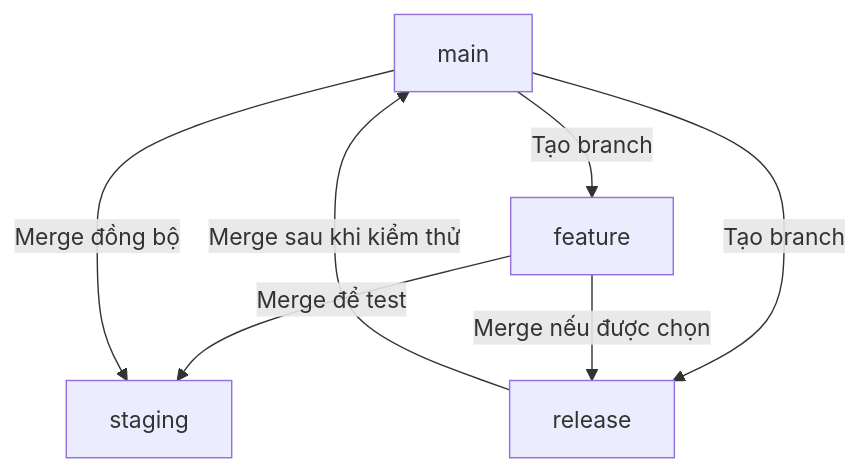
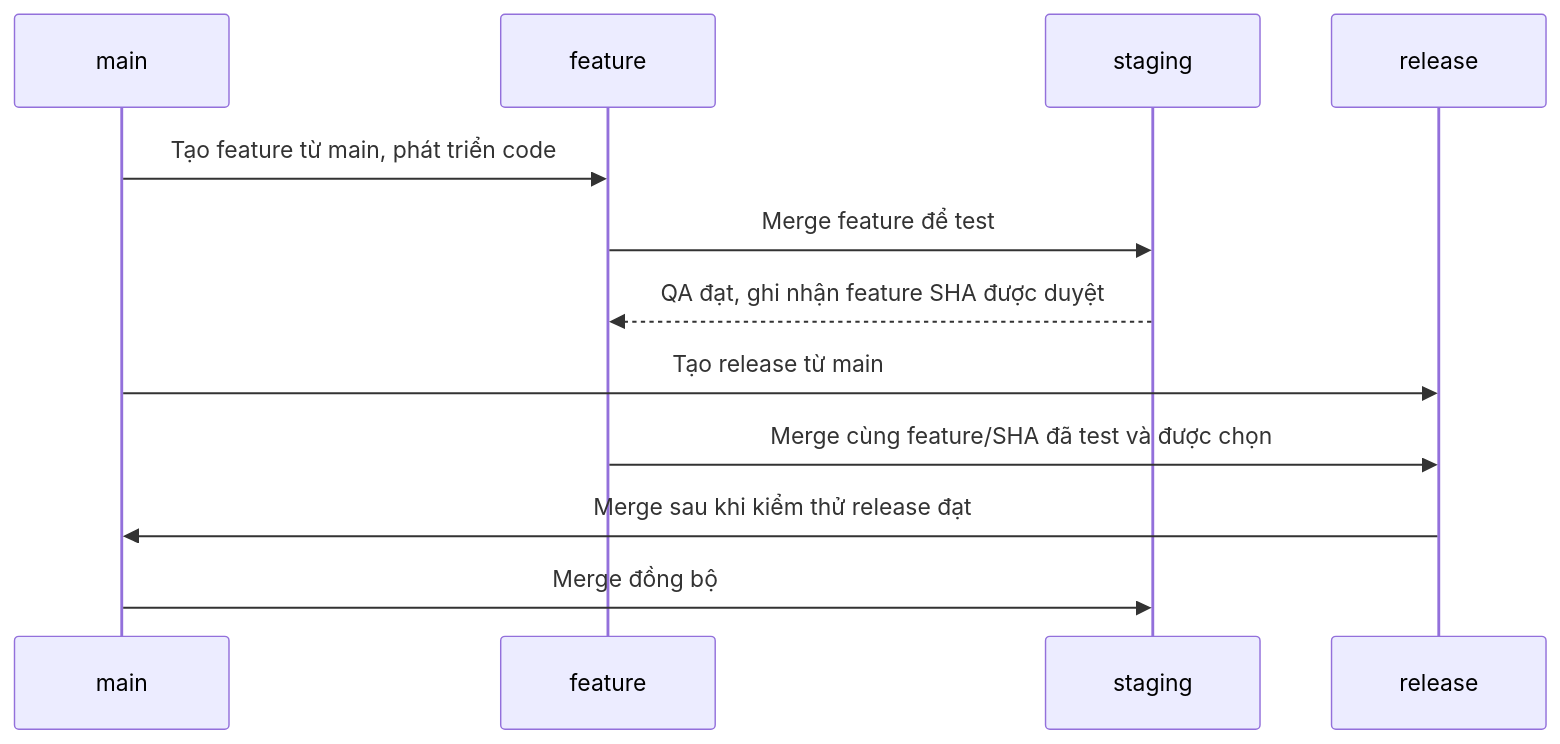
One commit to huynv81/vhm changed the diagram in gitflow-release-ancestry.md. Above: the diagram before and after it, drawn with Mermaid. The commit also changed other lines of this file, not shown here.

````diff
--- a/gitflow-release-ancestry.md
+++ b/gitflow-release-ancestry.md
@@ -10,9 +10,14 @@
 ```mermaid
-flowchart TD
-    M[main] -->|Tạo branch| F[feature]
-    F -->|Merge để test| S[staging]
-    M -->|Tạo branch| R[release]
-    F -->|Merge nếu được chọn| R
-    R -->|Merge sau khi kiểm thử| M
-    M -->|Merge đồng bộ| S
+sequenceDiagram
+    participant M as main
+    participant F as feature
+    participant S as staging
+    participant R as release
+    M->>F: Tạo feature từ main, phát triển code
+    F->>S: Merge feature để test
+    S-->>F: QA đạt, ghi nhận feature SHA được duyệt
+    M->>R: Tạo release từ main
+    F->>R: Merge cùng feature/SHA đã test và được chọn
+    R->>M: Merge sau khi kiểm thử release đạt
+    M->>S: Merge đồng bộ
 ```
````
